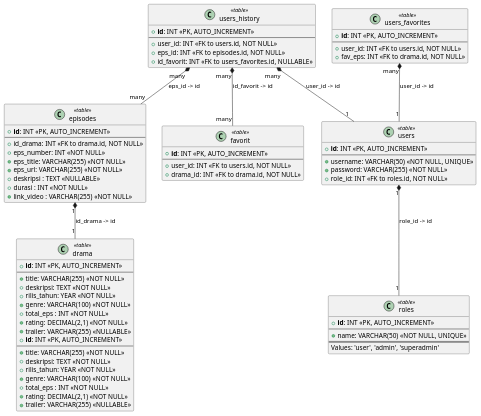
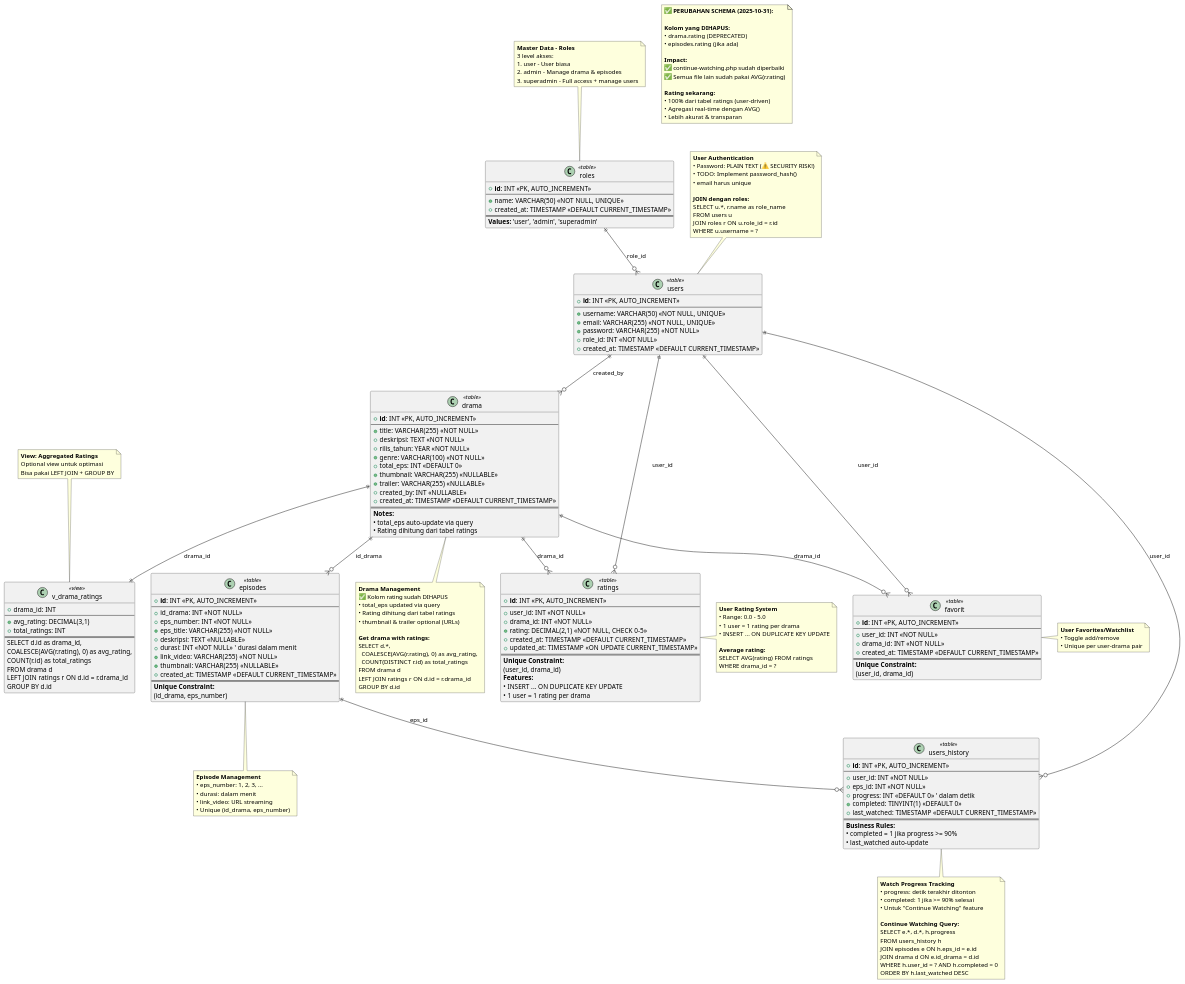
Before and after one commit to fnvrxx/bkdrama: the diagram in diagram_database.puml, drawn with PlantUML. The commit also changed 35 other files, not shown here.

```diff
--- a/diagram_database.puml
+++ b/diagram_database.puml
@@ -1,34 +1,31 @@
-@startuml Shema database Bkdrama
+@startuml Schema Database BKDrama
+
+' ============= DATABASE INFO =============
+' Database Name: new_film
+' DBMS: MySQL/MariaDB
+' Updated: 2025-10-31
+' ✅ Kolom rating sudah dihapus dari drama & episodes
+' ============= ============= =============
+
+' ============= TABLES =============
 
 class roles <<table>> {
   + **id**: INT <<PK, AUTO_INCREMENT>>
   --
   + name: VARCHAR(50) <<NOT NULL, UNIQUE>>
-  ' + created_at: TIMESTAMP <<DEFAULT CURRENT_TIMESTAMP>>
+  + created_at: TIMESTAMP <<DEFAULT CURRENT_TIMESTAMP>>
   ==
-  Values: 'user', 'admin', 'superadmin'
-}
-class users <<table>> {
-    + **id**: INT <<PK, AUTO_INCREMENT>>
-    --
-    + username: VARCHAR(50) <<NOT NULL, UNIQUE>>
-    + password: VARCHAR(255) <<NOT NULL>>
-    + role_id: INT <<FK to roles.id, NOT NULL>>
+  **Values:** 'user', 'admin', 'superadmin'
 }
 
-class users_history <<table>> {
+class users <<table>> {
   + **id**: INT <<PK, AUTO_INCREMENT>>
   --
-  + user_id: INT <<FK to users.id, NOT NULL>>
-  + eps_id: INT <<FK to episodes.id, NOT NULL>>
-  + id_favorit: INT <<FK to users_favorites.id, NULLABLE>>
-}
-
-class users_favorites <<table>>{
-  + **id**: INT <<PK, AUTO_INCREMENT>>
-  --
-  + user_id: INT <<FK to users.id, NOT NULL>>
-  + fav_eps: INT <<FK to drama.id, NOT NULL>>
+  + username: VARCHAR(50) <<NOT NULL, UNIQUE>>
+  + email: VARCHAR(255) <<NOT NULL, UNIQUE>>
+  + password: VARCHAR(255) <<NOT NULL>>
+  + role_id: INT <<NOT NULL>>
+  + created_at: TIMESTAMP <<DEFAULT CURRENT_TIMESTAMP>>
 }
 
 class drama <<table>> {
@@ -38,51 +35,203 @@
   + deskripsi: TEXT <<NOT NULL>>
   + rilis_tahun: YEAR <<NOT NULL>>
   + genre: VARCHAR(100) <<NOT NULL>>
-  + total_eps : INT <<NOT NULL>>
-  + rating: DECIMAL(2,1) <<NOT NULL>>
+  + total_eps: INT <<DEFAULT 0>>
+  + thumbnail: VARCHAR(255) <<NULLABLE>>
   + trailer: VARCHAR(255) <<NULLABLE>>
+  + created_by: INT <<NULLABLE>>
+  + created_at: TIMESTAMP <<DEFAULT CURRENT_TIMESTAMP>>
+  ==
+  **Notes:**
+  • total_eps auto-update via query
+  • Rating dihitung dari tabel ratings
 }
 
 class episodes <<table>> {
   + **id**: INT <<PK, AUTO_INCREMENT>>
   --
-  + id_drama: INT <<FK to drama.id, NOT NULL>>
+  + id_drama: INT <<NOT NULL>>
   + eps_number: INT <<NOT NULL>>
   + eps_title: VARCHAR(255) <<NOT NULL>>
-  + eps_url: VARCHAR(255) <<NOT NULL>> 
-  + deskripsi : TEXT <<NULLABLE>>
-  + durasi : INT <<NOT NULL>> 
-  + link_video : VARCHAR(255) <<NOT NULL>>
+  + deskripsi: TEXT <<NULLABLE>>
+  + durasi: INT <<NOT NULL>> ' durasi dalam menit
+  + link_video: VARCHAR(255) <<NOT NULL>>
+  + thumbnail: VARCHAR(255) <<NULLABLE>>
+  + created_at: TIMESTAMP <<DEFAULT CURRENT_TIMESTAMP>>
+  ==
+  **Unique Constraint:**
+  (id_drama, eps_number)
 }
 
-class favorit <<table>>{
+class ratings <<table>> {
   + **id**: INT <<PK, AUTO_INCREMENT>>
   --
-  + user_id: INT <<FK to users.id, NOT NULL>>
-  + drama_id: INT <<FK to drama.id, NOT NULL>>
+  + user_id: INT <<NOT NULL>>
+  + drama_id: INT <<NOT NULL>>
+  + rating: DECIMAL(2,1) <<NOT NULL, CHECK 0-5>>
+  + created_at: TIMESTAMP <<DEFAULT CURRENT_TIMESTAMP>>
+  + updated_at: TIMESTAMP <<ON UPDATE CURRENT_TIMESTAMP>>
+  ==
+  **Unique Constraint:**
+  (user_id, drama_id)
+  **Features:**
+  • INSERT ... ON DUPLICATE KEY UPDATE
+  • 1 user = 1 rating per drama
 }
 
-class drama <<table>> {
+class favorit <<table>> {
   + **id**: INT <<PK, AUTO_INCREMENT>>
   --
-  + title: VARCHAR(255) <<NOT NULL>>
-  + deskripsi: TEXT <<NOT NULL>>
-  + rilis_tahun: YEAR <<NOT NULL>>
-  + genre: VARCHAR(100) <<NOT NULL>>
-  + total_eps : INT <<NOT NULL>>
-  + rating: DECIMAL(2,1) <<NOT NULL>>
-  + trailer: VARCHAR(255) <<NULLABLE>>
+  + user_id: INT <<NOT NULL>>
+  + drama_id: INT <<NOT NULL>>
+  + created_at: TIMESTAMP <<DEFAULT CURRENT_TIMESTAMP>>
+  ==
+  **Unique Constraint:**
+  (user_id, drama_id)
 }
-' Relations
-users "1" *-- "1" roles : role_id -> id
-users_history "many" *-- "1" users : user_id -> id
-users_history "many" *-- "many" favorit : id_favorit -> id
-users_history "many" *-- "many" episodes : eps_id -> id
-episodes "1" *-- "1" drama : id_drama -> id
-users_favorites "many" *-- "1" users : user_id -> id
-' Deskripsi
-' + link_video : VARCHAR(255) <<NOT NULL>> 'URL video lewat folder assets/videos/
-' + eps_url: VARCHAR(255) <<NOT NULL>> 'URL video episode
-' + trailer: VARCHAR(255) <<NULLABLE>> 'URL trailer
+
+class users_history <<table>> {
+  + **id**: INT <<PK, AUTO_INCREMENT>>
+  --
+  + user_id: INT <<NOT NULL>>
+  + eps_id: INT <<NOT NULL>>
+  + progress: INT <<DEFAULT 0>> ' dalam detik
+  + completed: TINYINT(1) <<DEFAULT 0>>
+  + last_watched: TIMESTAMP <<DEFAULT CURRENT_TIMESTAMP>>
+  ==
+  **Business Rules:**
+  • completed = 1 jika progress >= 90%
+  • last_watched auto-update
+}
+
+' ============= VIEWS (Optional) =============
+
+class v_drama_ratings <<view>> {
+  + drama_id: INT
+  --
+  + avg_rating: DECIMAL(3,1)
+  + total_ratings: INT
+  ==
+  SELECT d.id as drama_id,
+    COALESCE(AVG(r.rating), 0) as avg_rating,
+    COUNT(r.id) as total_ratings
+  FROM drama d
+  LEFT JOIN ratings r ON d.id = r.drama_id
+  GROUP BY d.id
+}
+
+' ============= RELATIONSHIPS =============
+
+roles ||--o{ users : "role_id"
+users ||--o{ drama : "created_by"
+drama ||--o{ episodes : "id_drama"
+drama ||--o{ ratings : "drama_id"
+drama ||--o{ favorit : "drama_id"
+users ||--o{ ratings : "user_id"
+users ||--o{ favorit : "user_id"
+users ||--o{ users_history : "user_id"
+episodes ||--o{ users_history : "eps_id"
+drama ||--|| v_drama_ratings : "drama_id"
+
+' ============= DETAILED NOTES =============
+
+note top of roles
+  **Master Data - Roles**
+  3 level akses:
+  1. user - User biasa
+  2. admin - Manage drama & episodes
+  3. superadmin - Full access + manage users
+end note
+
+note top of users
+  **User Authentication**
+  • Password: PLAIN TEXT (⚠️ SECURITY RISK!)
+  • TODO: Implement password_hash()
+  • email harus unique
+
+  **JOIN dengan roles:**
+  SELECT u.*, r.name as role_name
+  FROM users u
+  JOIN roles r ON u.role_id = r.id
+  WHERE u.username = ?
+end note
+
+note bottom of drama
+  **Drama Management**
+  ✅ Kolom rating sudah DIHAPUS
+  • total_eps updated via query
+  • Rating dihitung dari tabel ratings
+  • thumbnail & trailer optional (URLs)
+
+  **Get drama with ratings:**
+  SELECT d.*,
+    COALESCE(AVG(r.rating), 0) as avg_rating,
+    COUNT(DISTINCT r.id) as total_ratings
+  FROM drama d
+  LEFT JOIN ratings r ON d.id = r.drama_id
+  GROUP BY d.id
+end note
+
+note bottom of episodes
+  **Episode Management**
+  • eps_number: 1, 2, 3, ...
+  • durasi: dalam menit
+  • link_video: URL streaming
+  • Unique (id_drama, eps_number)
+end note
+
+note right of ratings
+  **User Rating System**
+  • Range: 0.0 - 5.0
+  • 1 user = 1 rating per drama
+  • INSERT ... ON DUPLICATE KEY UPDATE
+
+  **Average rating:**
+  SELECT AVG(rating) FROM ratings
+  WHERE drama_id = ?
+end note
+
+note right of favorit
+  **User Favorites/Watchlist**
+  • Toggle add/remove
+  • Unique per user-drama pair
+end note
+
+note bottom of users_history
+  **Watch Progress Tracking**
+  • progress: detik terakhir ditonton
+  • completed: 1 jika >= 90% selesai
+  • Untuk "Continue Watching" feature
+
+  **Continue Watching Query:**
+  SELECT e.*, d.*, h.progress
+  FROM users_history h
+  JOIN episodes e ON h.eps_id = e.id
+  JOIN drama d ON e.id_drama = d.id
+  WHERE h.user_id = ? AND h.completed = 0
+  ORDER BY h.last_watched DESC
+end note
+
+note top of v_drama_ratings
+  **View: Aggregated Ratings**
+  Optional view untuk optimasi
+  Bisa pakai LEFT JOIN + GROUP BY
+end note
+
+note as Important
+  **✅ PERUBAHAN SCHEMA (2025-10-31):**
+
+  **Kolom yang DIHAPUS:**
+  • drama.rating (DEPRECATED)
+  • episodes.rating (jika ada)
+
+  **Impact:**
+  ✅ continue-watching.php sudah diperbaiki
+  ✅ Semua file lain sudah pakai AVG(r.rating)
+
+  **Rating sekarang:**
+  • 100% dari tabel ratings (user-driven)
+  • Agregasi real-time dengan AVG()
+  • Lebih akurat & transparan
+end note
 
 @enduml
```
